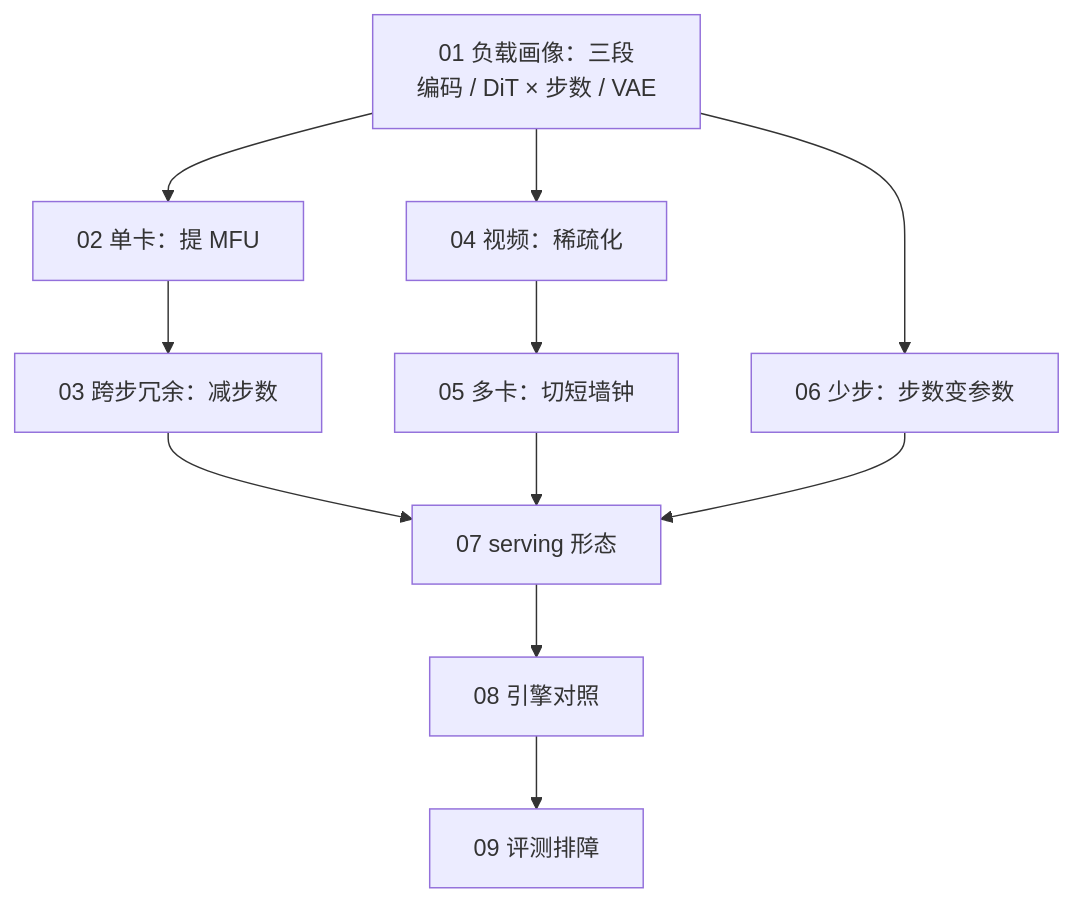
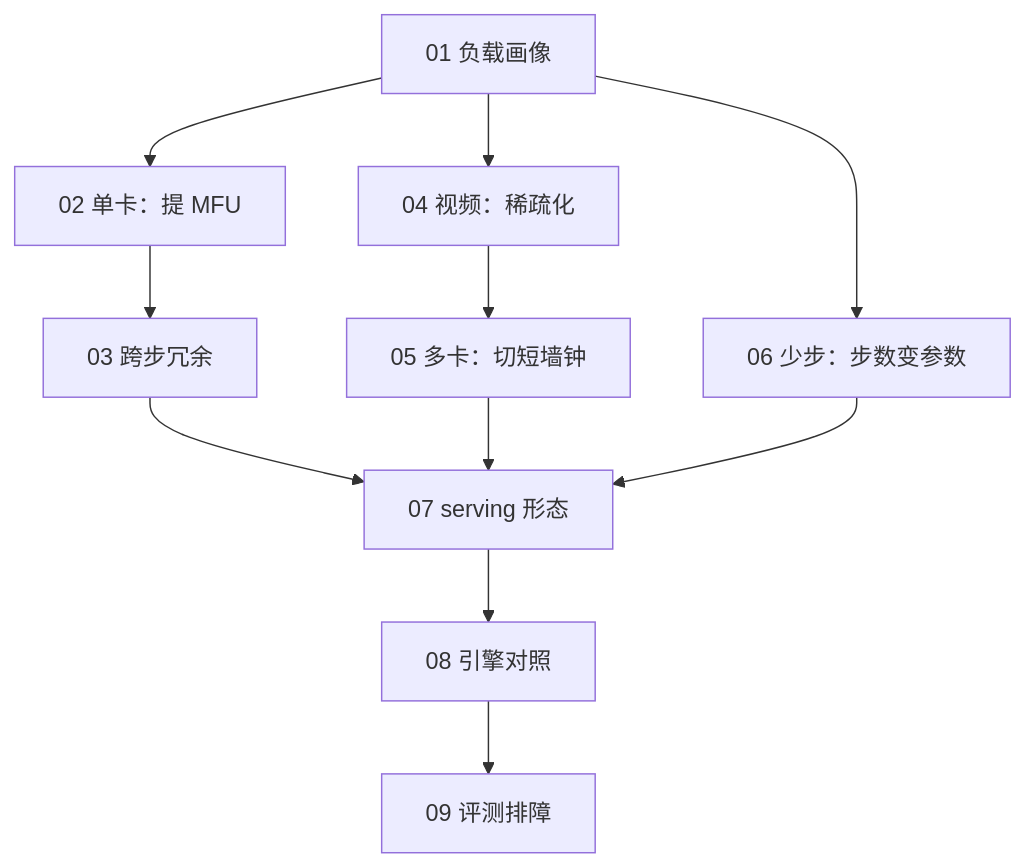
The first of 2 diagrams in slides/2026-09-13-diffusion-inference-infra.md (arganzheng/arganzheng.github.com), drawn with Mermaid before and after one commit. The commit also changed other lines of this file, not shown here.

Commit message:
slides(2026-09-13-diffusion-inference-infra): 图内文字 ≥14px——标签缩短/拆分/Unicode 数学

````diff
--- a/slides/2026-09-13-diffusion-inference-infra.md
+++ b/slides/2026-09-13-diffusion-inference-infra.md
@@ -36,12 +37,12 @@
 ```mermaid
 %%{init: {"flowchart": {"wrappingWidth": 210}}}%%
 flowchart TB
-    F1["01 负载画像：三段<br/>编码 / DiT × 步数 / VAE"]
+    F1["01 负载画像"]
     F1 --> F2["02 单卡：提 MFU"]
-    F2 --> F3["03 跨步冗余：减步数"]
+    F2 --> F3["03 跨步冗余"]
     F1 --> F4["04 视频：稀疏化"]
     F4 --> F5["05 多卡：切短墙钟"]
     F1 --> F6["06 少步：步数变参数"]
     F3 & F5 & F6 --> F7["07 serving 形态"]
     F7 --> F8["08 引擎对照"] --> F9["09 评测排障"]
 ```
````
